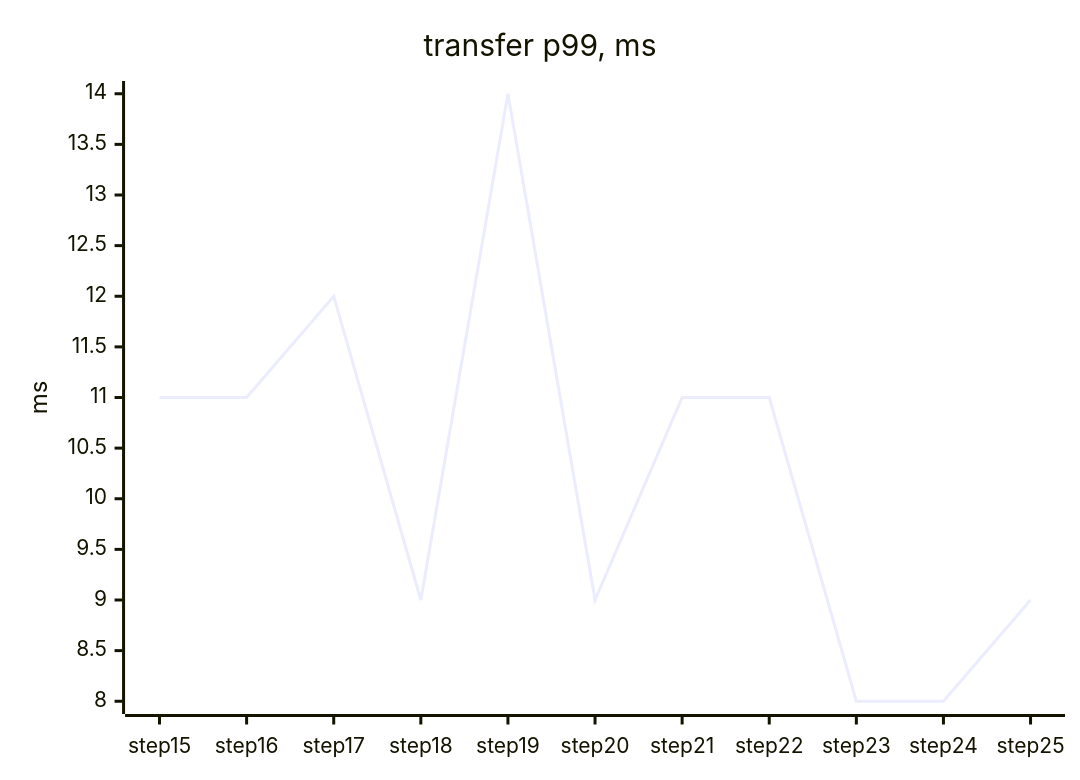
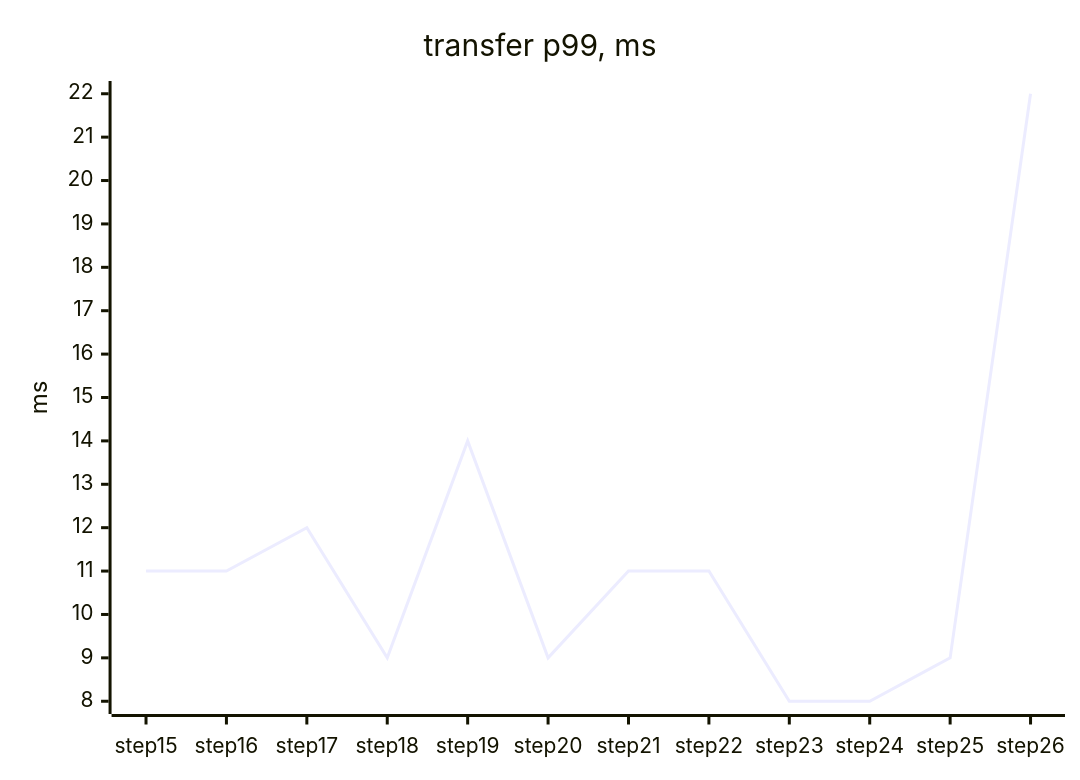
Before and after one commit to tanvoid0/ledgerflow: the first of 4 diagrams in docs/perf/README.md, drawn with Mermaid. The commit also changed other lines of this file and 14 other files, not shown here.

````diff
--- a/docs/perf/README.md
+++ b/docs/perf/README.md
@@ -28,7 +29,7 @@
 ```mermaid
 xychart-beta
     title "transfer p99, ms"
-    x-axis ["step15", "step16", "step17", "step18", "step19", "step20", "step21", "step22", "step23", "step24", "step25"]
+    x-axis ["step15", "step16", "step17", "step18", "step19", "step20", "step21", "step22", "step23", "step24", "step25", "step26"]
     y-axis "ms"
-    line [11, 11, 12, 9, 14, 9, 11, 11, 8, 8, 9]
+    line [11, 11, 12, 9, 14, 9, 11, 11, 8, 8, 9, 22]
 ```
````
